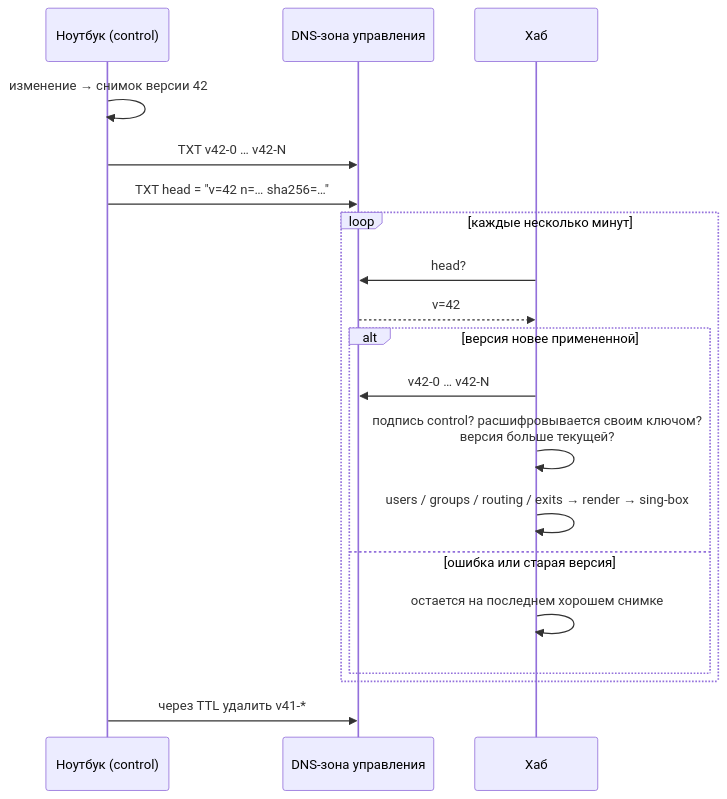
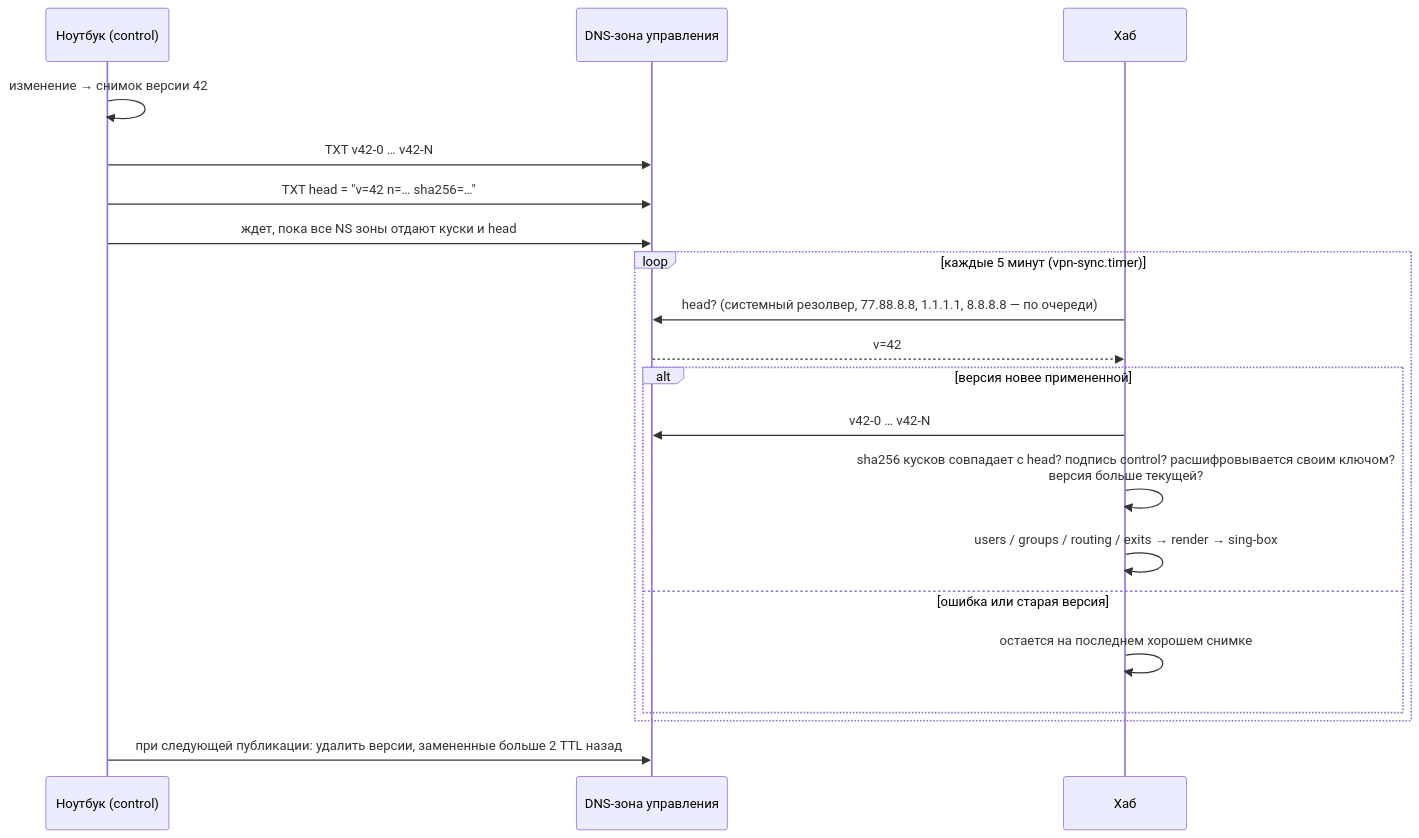
The sixth of 7 diagrams in ARCHITECTURE.md (Dx-by-Dy/custom-vpn), drawn with Mermaid before and after one commit. The commit also changed other lines of this file and 9 other files, not shown here.

Commit message:
DNS delivery: control publishes snapshots to TXT records via DNSmanager, hubs sync them every 5 minutes

````diff
--- a/ARCHITECTURE.md
+++ b/ARCHITECTURE.md
@@ -179,22 +179,23 @@
 ```mermaid
 sequenceDiagram
   participant L as Ноутбук (control)
   participant D as DNS-зона управления
   participant H as Хаб
 
   L->>L: изменение → снимок версии 42
   L->>D: TXT v42-0 … v42-N
   L->>D: TXT head = "v=42 n=… sha256=…"
-  loop каждые несколько минут
-    H->>D: head?
+  L->>D: ждет, пока все NS зоны отдают куски и head
+  loop каждые 5 минут (vpn-sync.timer)
+    H->>D: head? (системный резолвер, 77.88.8.8, 1.1.1.1, 8.8.8.8 — по очереди)
     D-->>H: v=42
     alt версия новее примененной
       H->>D: v42-0 … v42-N
-      H->>H: подпись control? расшифровывается своим ключом?<br/>версия больше текущей?
+      H->>H: sha256 кусков совпадает с head? подпись control? расшифровывается своим ключом?<br/>версия больше текущей?
       H->>H: users / groups / routing / exits → render → sing-box
     else ошибка или старая версия
       H->>H: остается на последнем хорошем снимке
     end
   end
-  L->>D: через TTL удалить v41-*
+  L->>D: при следующей публикации: удалить версии, замененные больше 2 TTL назад
 ```
````
